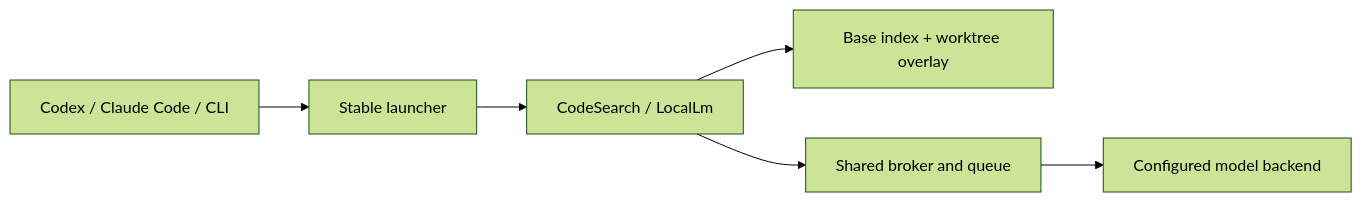
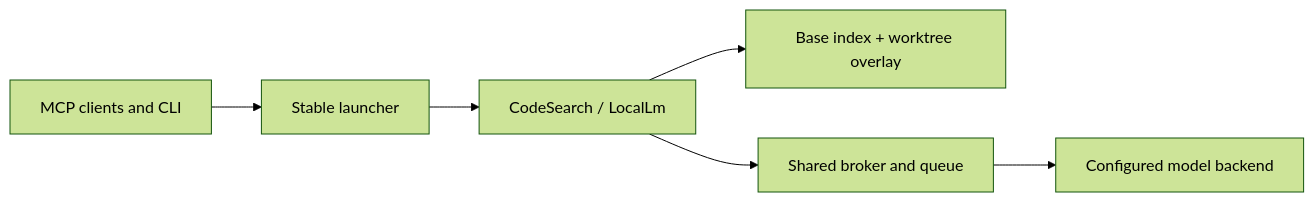
The diagram in docs/opensource.md (MrAliev/local-ai-toolkit), drawn with Mermaid (forest theme) before and after one commit. The commit also changed 19 other files, not shown here.

````diff
--- a/docs/opensource.md
+++ b/docs/opensource.md
@@ -29,8 +29,8 @@
 ```mermaid
 flowchart LR
-  clients["Codex / Claude Code / CLI"] --> launcher["Stable launcher"]
+  clients["MCP clients and CLI"] --> launcher["Stable launcher"]
   launcher --> tools["CodeSearch / LocalLm"]
   tools --> index["Base index + worktree overlay"]
   tools --> broker["Shared broker and queue"]
   broker --> backend["Configured model backend"]
 ```
````
